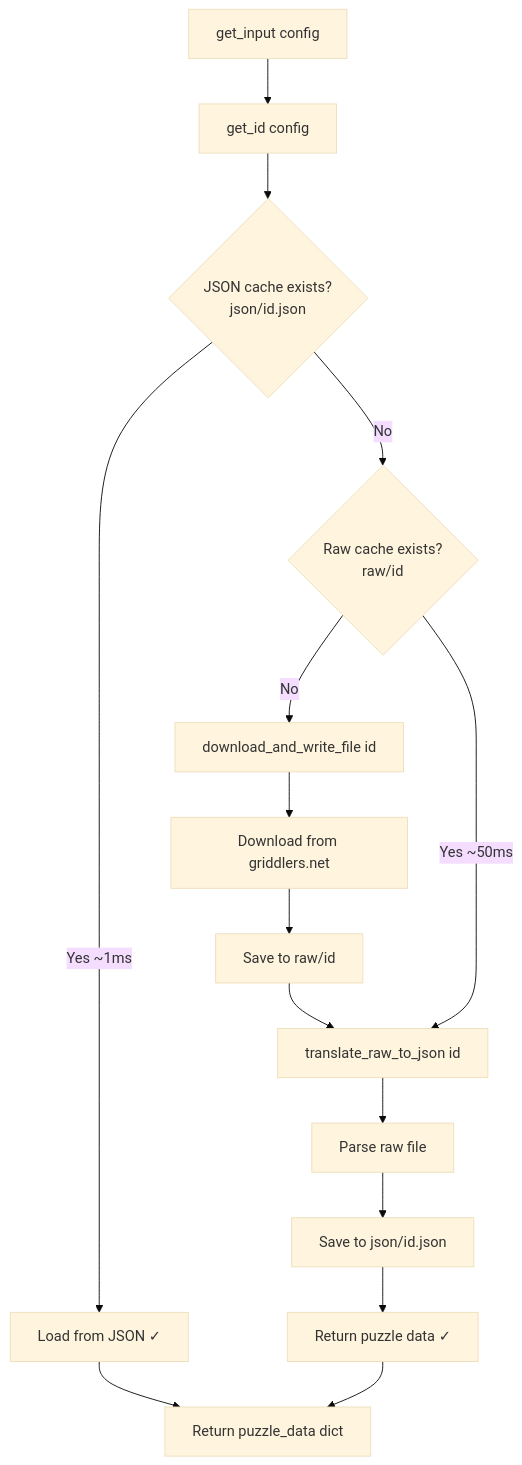
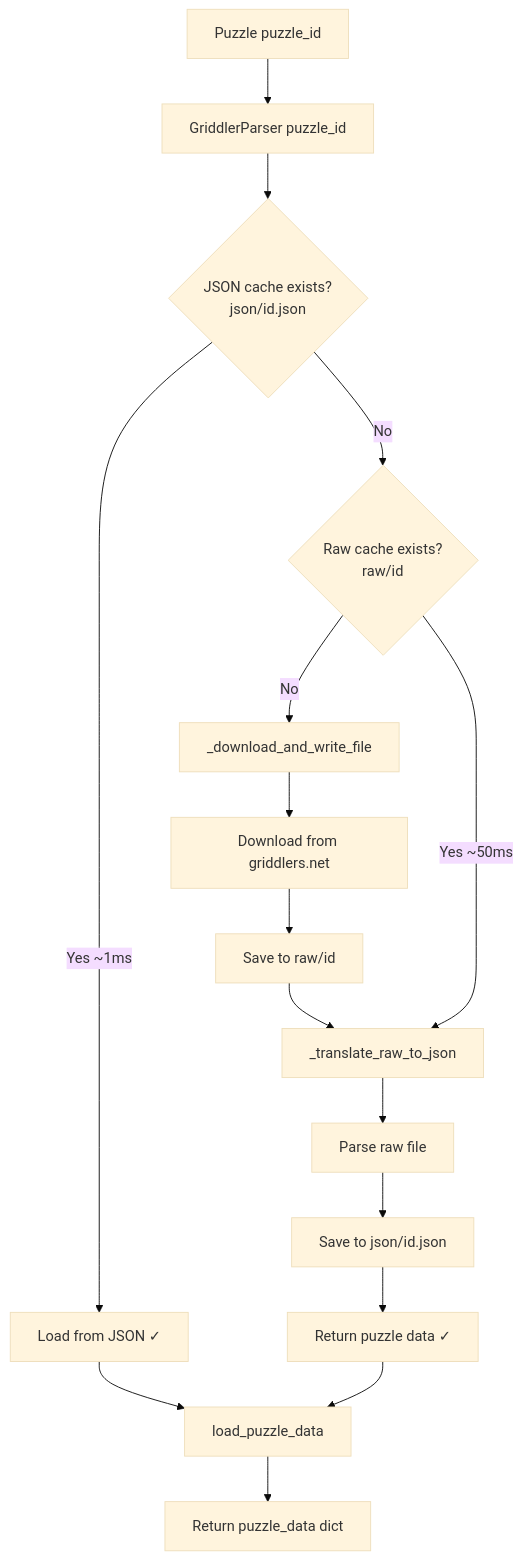
One commit to chicotobi/pygriddler changed the first of 3 diagrams in docs/ARCHITECTURE.md. Above: the diagram before and after it, drawn with Mermaid (base theme). The commit also changed other lines of this file and 7 other files, not shown here.

````diff
--- a/docs/ARCHITECTURE.md
+++ b/docs/ARCHITECTURE.md
@@ -38,17 +38,18 @@
 ```mermaid
 flowchart TD
-    A[get_input config] --> B[get_id config]
+    A[Puzzle puzzle_id] --> B[GriddlerParser puzzle_id]
     B --> C{JSON cache exists?<br/>json/id.json}
     C -->|Yes ~1ms| D[Load from JSON ✓]
     C -->|No| E{Raw cache exists?<br/>raw/id}
-    E -->|No| F[download_and_write_file id]
+    E -->|No| F[_download_and_write_file]
     F --> G[Download from griddlers.net]
     G --> H[Save to raw/id]
-    H --> I[translate_raw_to_json id]
+    H --> I[_translate_raw_to_json]
     E -->|Yes ~50ms| I
     I --> J[Parse raw file]
     J --> K[Save to json/id.json]
     K --> L[Return puzzle data ✓]
-    D --> M[Return puzzle_data dict]
+    D --> M[load_puzzle_data]
     L --> M
+    M --> N[Return puzzle_data dict]
 ```
````
